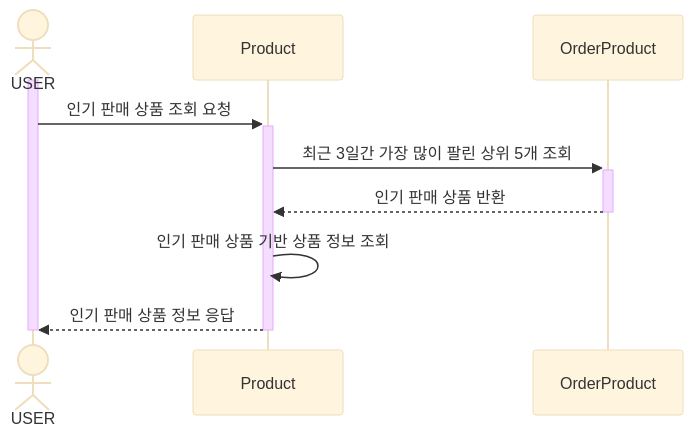
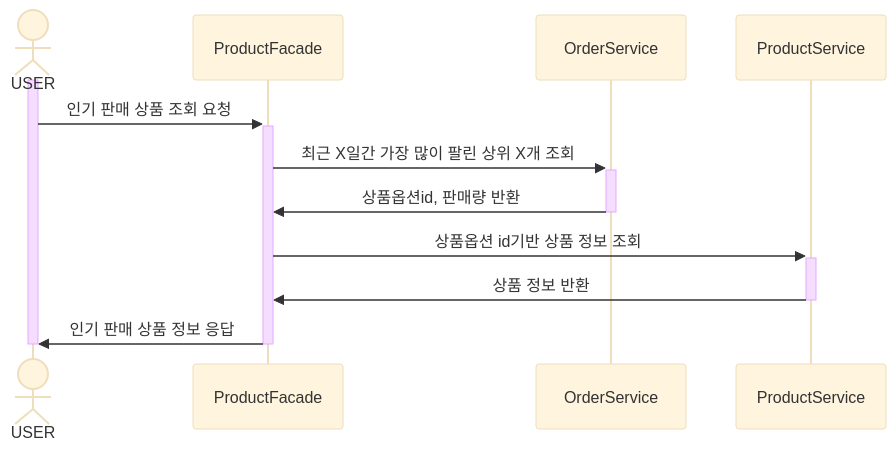
One commit to ch00kh/e-commerce-sercvice changed the seventh of 7 diagrams in docs/requirements-analysis/sequence-diagram.md. Above: the diagram before and after it, drawn with Mermaid (base theme).

Commit message:
docs: 인기 판매 상품 조회 시퀀스다이어그램 수정

````diff
--- a/docs/requirements-analysis/sequence-diagram.md
+++ b/docs/requirements-analysis/sequence-diagram.md
@@ -178,14 +178,16 @@
 ```mermaid
 sequenceDiagram
   actor USER
-  participant Product
-  participant OrderProduct
+  participant ProductFacade
+  participant OrderService
+  participant ProductService
   
   activate USER
-  USER ->>+ Product: 인기 판매 상품 조회 요청
-  Product ->>+ OrderProduct: 최근 3일간 가장 많이 팔린 상위 5개 조회
-  OrderProduct -->>- Product: 인기 판매 상품 반환
-  Product ->> Product: 인기 판매 상품 기반 상품 정보 조회
-  Product -->>- USER: 인기 판매 상품 정보 응답
+  USER ->>+ ProductFacade: 인기 판매 상품 조회 요청
+  ProductFacade ->>+ OrderService: 최근 X일간 가장 많이 팔린 상위 X개 조회
+  OrderService ->>- ProductFacade: 상품옵션id, 판매량 반환 
+  ProductFacade ->>+ ProductService: 상품옵션 id기반 상품 정보 조회
+  ProductService ->>- ProductFacade: 상품 정보 반환
+  ProductFacade ->>- USER: 인기 판매 상품 정보 응답
   deactivate USER
 ```
````
